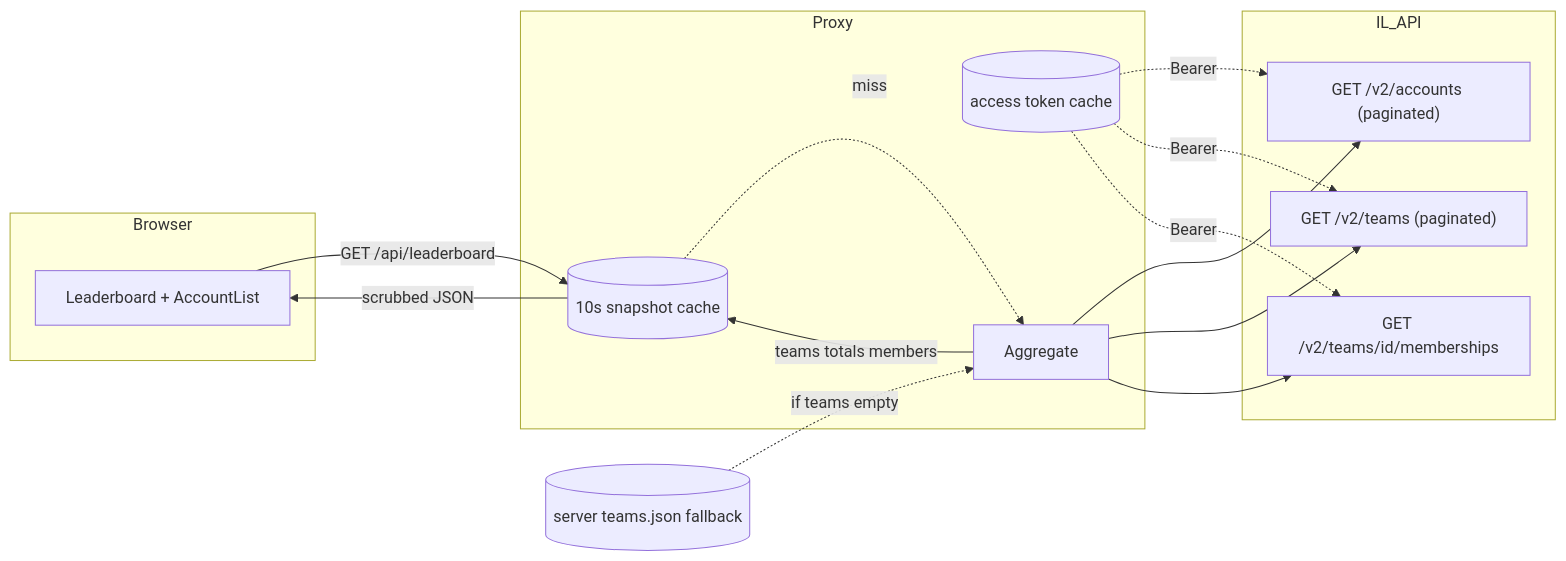
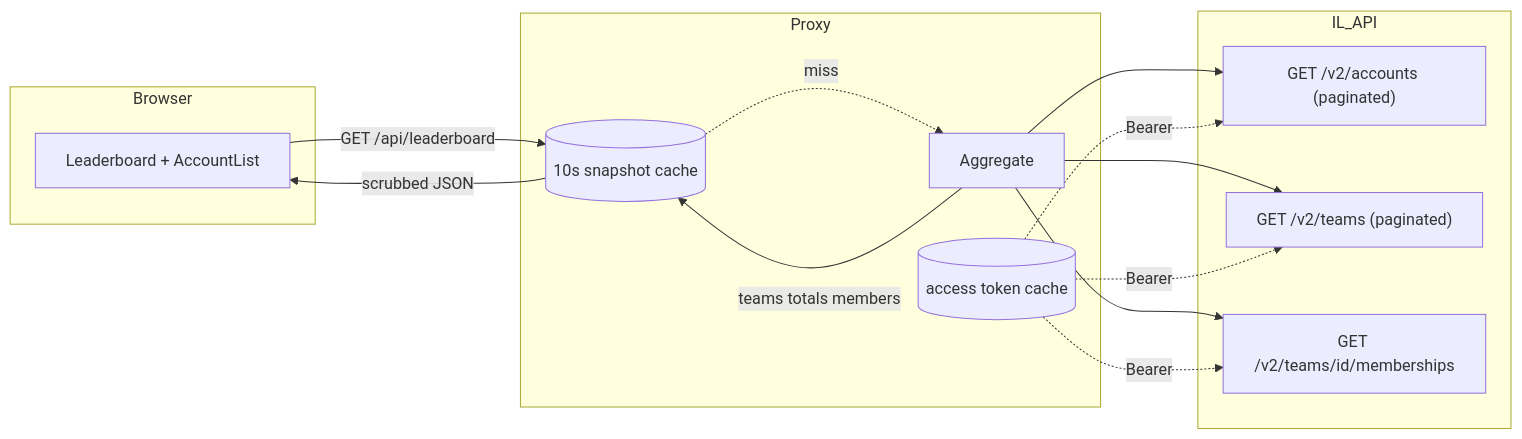
One commit to Arylmera/TheGreenGauntlet changed the second of 3 diagrams in docs/data-flow.md. Above: the diagram before and after it, drawn with Mermaid. The commit also changed other lines of this file and 8 other files, not shown here.

First line of the commit message:
Add per-part implementation plans, drop teams.json fallback

````diff
--- a/docs/data-flow.md
+++ b/docs/data-flow.md
@@ -54,29 +51,27 @@
 ```mermaid
 flowchart LR
     subgraph Browser
       UI["Leaderboard + AccountList"]
     end
     subgraph Proxy
       CACHE[("10s snapshot cache")]
       TOK[("access token cache")]
       AGG[Aggregate]
     end
     subgraph IL_API
       A["GET /v2/accounts (paginated)"]
       T["GET /v2/teams (paginated)"]
       M["GET /v2/teams/id/memberships"]
     end
-    FB[("server teams.json fallback")]
 
     UI -->|"GET /api/leaderboard"| CACHE
     CACHE -.miss.-> AGG
     AGG --> A
     AGG --> T
     AGG --> M
-    FB -.->|"if teams empty"| AGG
     TOK -.->|"Bearer"| A
     TOK -.->|"Bearer"| T
     TOK -.->|"Bearer"| M
     AGG -->|"teams totals members"| CACHE
     CACHE -->|"scrubbed JSON"| UI
 ```
````
